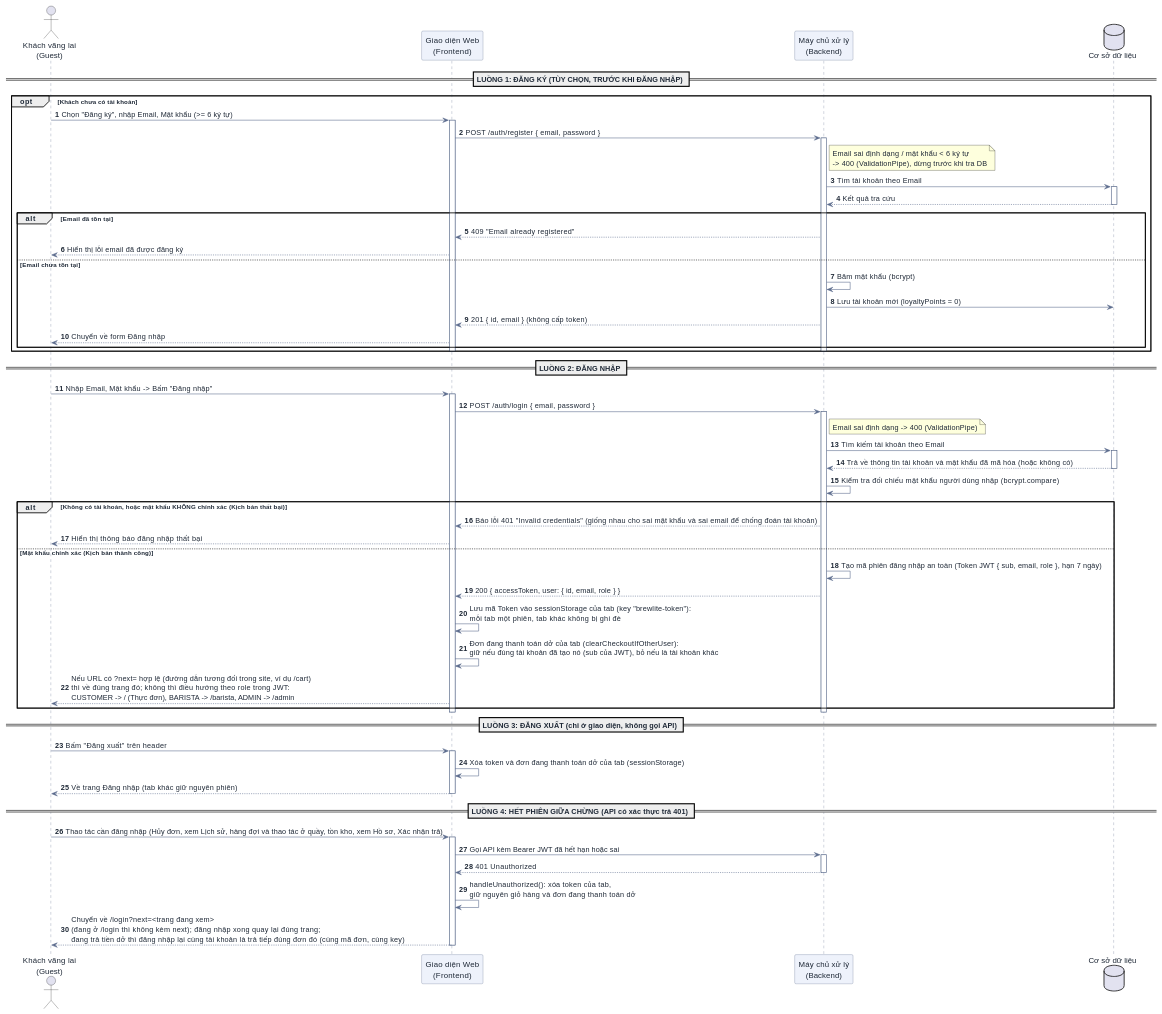
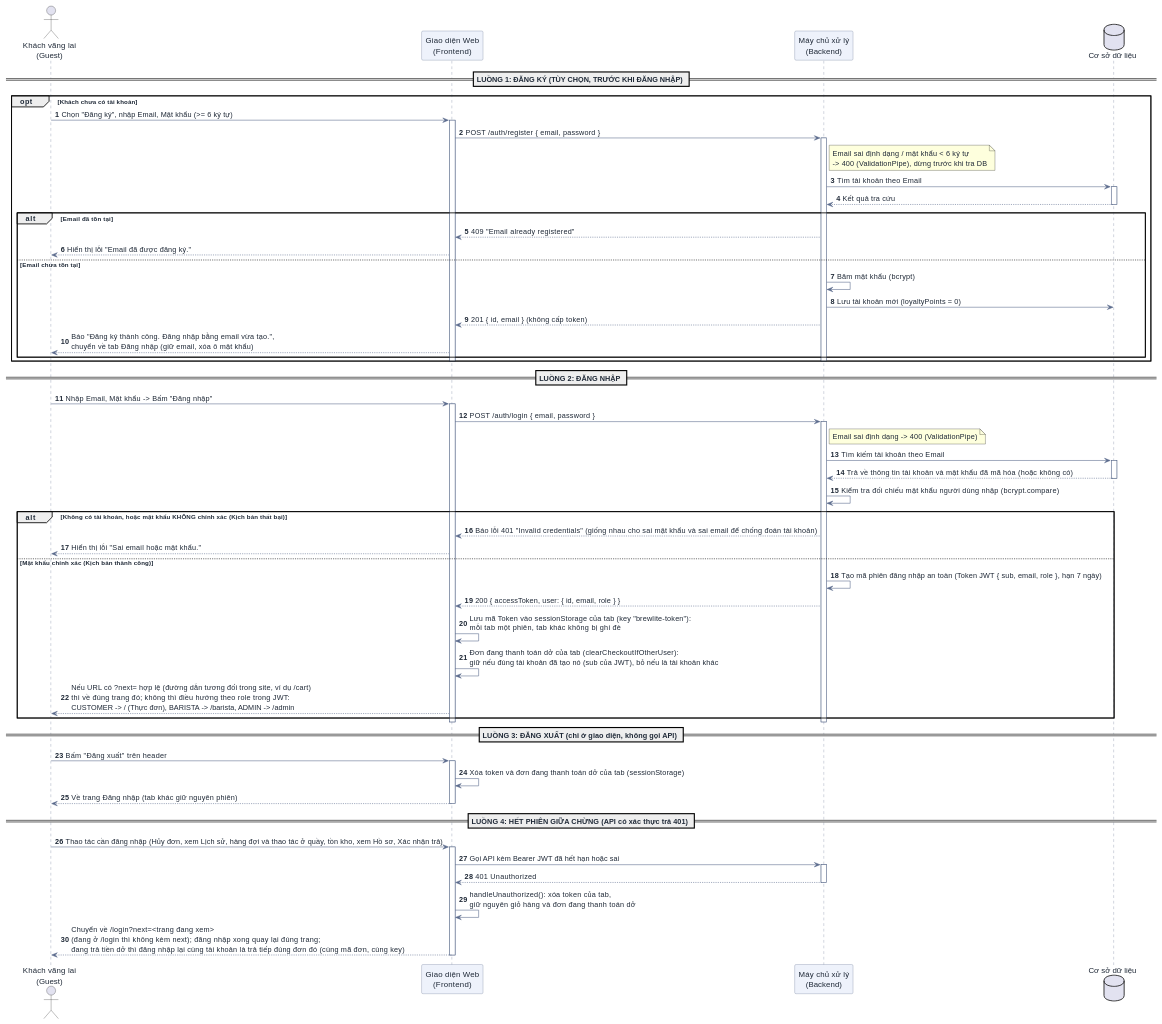
Before and after one commit to DuVinhLoi/BrewLite: the third of 9 diagrams in docs/user-sequence-specifications.md, drawn with PlantUML. The commit also changed other lines of this file and 61 other files, not shown here.

```diff
--- a/docs/user-sequence-specifications.md
+++ b/docs/user-sequence-specifications.md
@@ -259,12 +261,12 @@
     deactivate DB
     alt Email đã tồn tại
         BE --> FE : 409 "Email already registered"
-        FE --> User : Hiển thị lỗi email đã được đăng ký
+        FE --> User : Hiển thị lỗi "Email đã được đăng ký."
     else Email chưa tồn tại
         BE -> BE : Băm mật khẩu (bcrypt)
         BE -> DB : Lưu tài khoản mới (loyaltyPoints = 0)
         BE --> FE : 201 { id, email } (không cấp token)
-        FE --> User : Chuyển về form Đăng nhập
+        FE --> User : Báo "Đăng ký thành công. Đăng nhập bằng email vừa tạo.",\nchuyển về tab Đăng nhập (giữ email, xóa ô mật khẩu)
     end
     deactivate BE
     deactivate FE
@@ -286,7 +288,7 @@
 
 alt Không có tài khoản, hoặc mật khẩu KHÔNG chính xác (Kịch bản thất bại)
     BE --> FE : Báo lỗi 401 "Invalid credentials" (giống nhau cho sai mật khẩu và sai email để chống đoán tài khoản)
-    FE --> User : Hiển thị thông báo đăng nhập thất bại
+    FE --> User : Hiển thị lỗi "Sai email hoặc mật khẩu."
 else Mật khẩu chính xác (Kịch bản thành công)
     BE -> BE : Tạo mã phiên đăng nhập an toàn (Token JWT { sub, email, role }, hạn 7 ngày)
     BE --> FE : 200 { accessToken, user: { id, email, role } }
```
